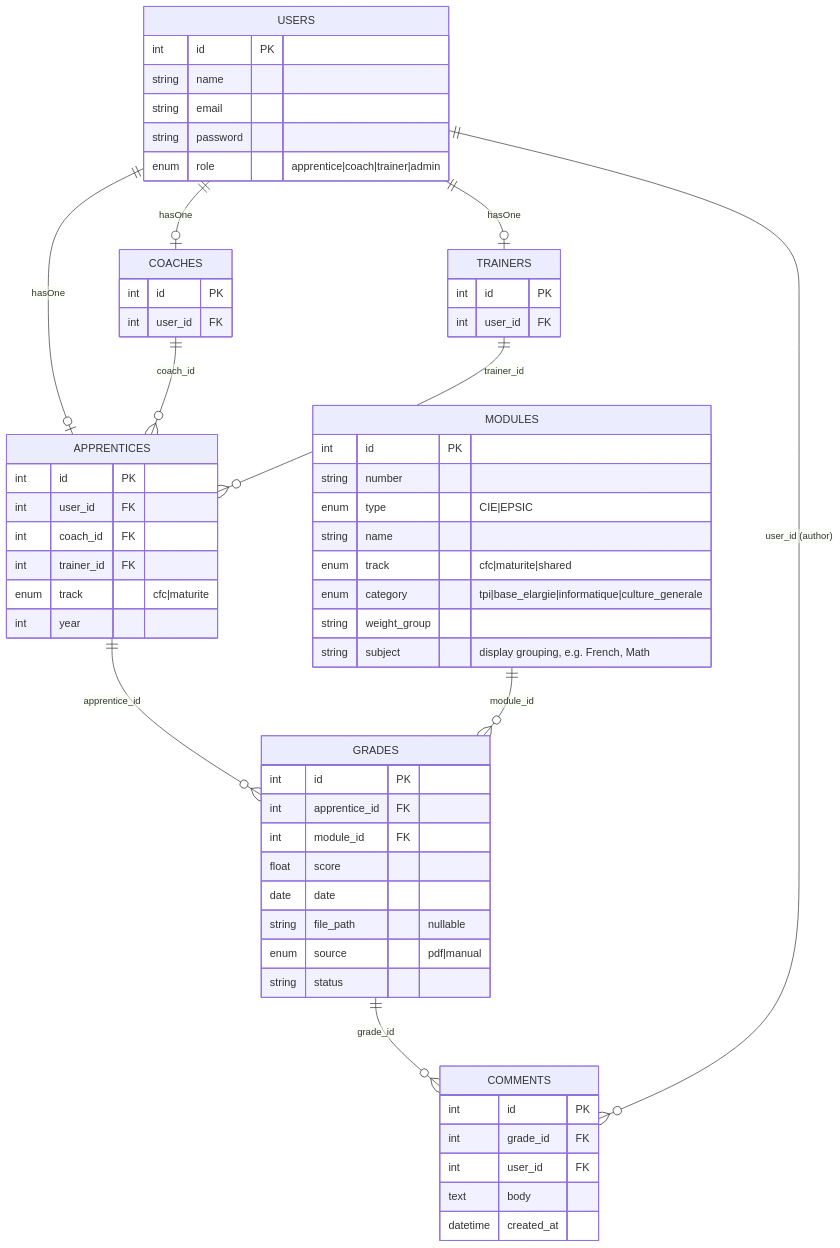
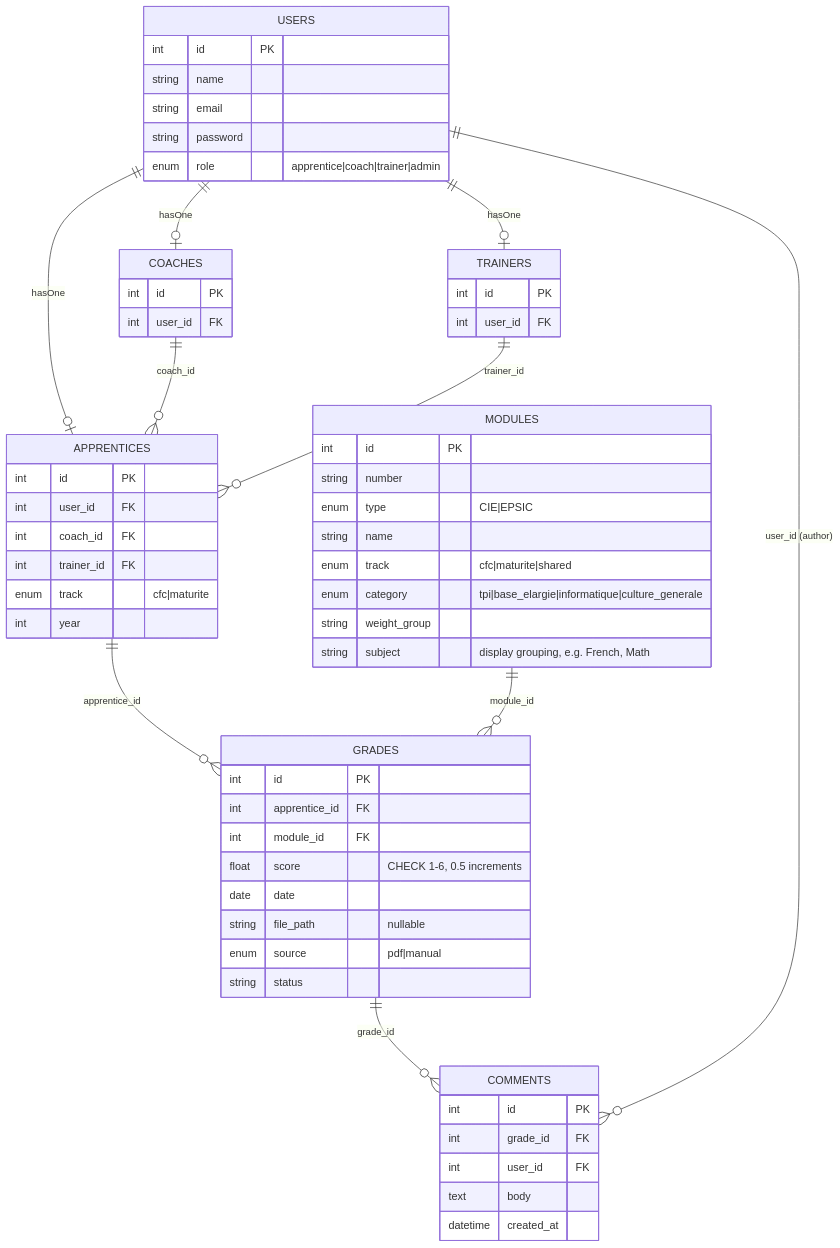
Before and after one commit to jobtrek/apprentice-cursus: the diagram in docs/plan-d/ARCHITECTURE.md, drawn with Mermaid. The commit also changed other lines of this file and 7 other files, not shown here.

````diff
--- a/docs/plan-d/ARCHITECTURE.md
+++ b/docs/plan-d/ARCHITECTURE.md
@@ -32,63 +32,63 @@
 ```mermaid
 erDiagram
     USERS ||--o| APPRENTICES : "hasOne"
     USERS ||--o| COACHES : "hasOne"
     USERS ||--o| TRAINERS : "hasOne"
     COACHES ||--o{ APPRENTICES : "coach_id"
     TRAINERS ||--o{ APPRENTICES : "trainer_id"
     APPRENTICES ||--o{ GRADES : "apprentice_id"
     MODULES ||--o{ GRADES : "module_id"
     GRADES ||--o{ COMMENTS : "grade_id"
     USERS ||--o{ COMMENTS : "user_id (author)"
 
     USERS {
         int id PK
         string name
         string email
         string password
         enum role "apprentice|coach|trainer|admin"
     }
     APPRENTICES {
         int id PK
         int user_id FK
         int coach_id FK
         int trainer_id FK
         enum track "cfc|maturite"
         int year
     }
     COACHES {
         int id PK
         int user_id FK
     }
     TRAINERS {
         int id PK
         int user_id FK
     }
     MODULES {
         int id PK
         string number
         enum type "CIE|EPSIC"
         string name
         enum track "cfc|maturite|shared"
         enum category "tpi|base_elargie|informatique|culture_generale"
         string weight_group
         string subject "display grouping, e.g. French, Math"
     }
     GRADES {
         int id PK
         int apprentice_id FK
         int module_id FK
-        float score
+        float score "CHECK 1-6, 0.5 increments"
         date date
         string file_path "nullable"
         enum source "pdf|manual"
         string status
     }
     COMMENTS {
         int id PK
         int grade_id FK
         int user_id FK
         text body
         datetime created_at
     }
 ```
````
